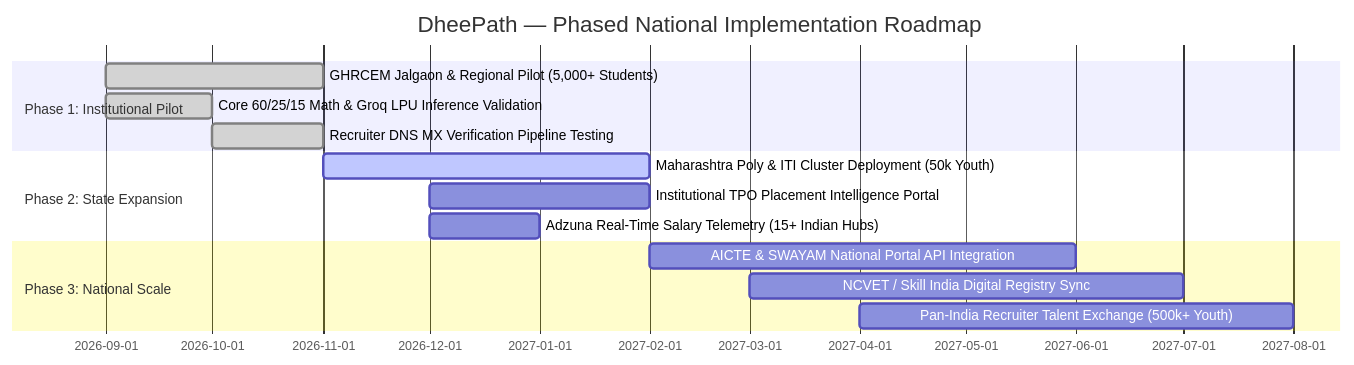
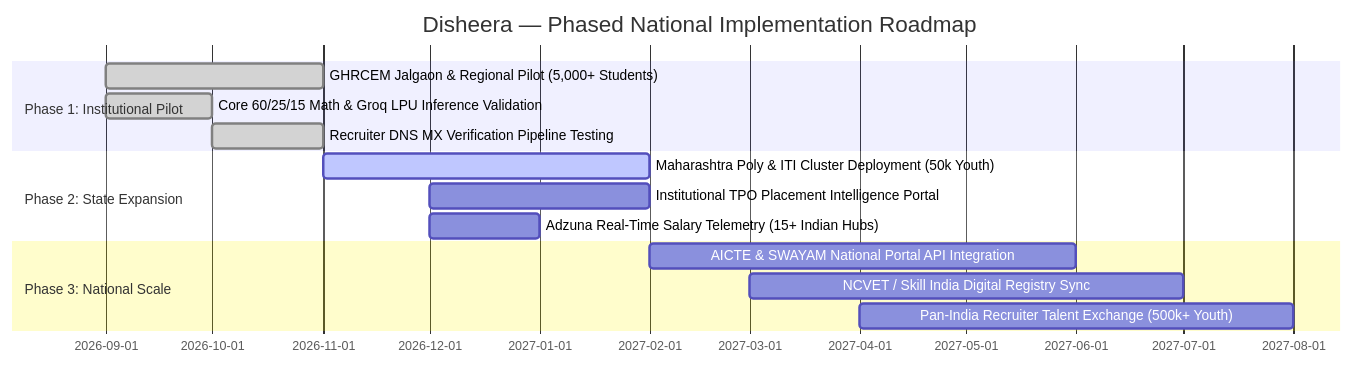
The fourth of 4 diagrams in SEVA_INNOVATION_CHALLENGE_SUBMISSION.md (parthpatil1234p-svg/disheera), drawn with Mermaid before and after one commit. The commit also changed other lines of this file and 30 other files, not shown here.

````diff
--- a/SEVA_INNOVATION_CHALLENGE_SUBMISSION.md
+++ b/SEVA_INNOVATION_CHALLENGE_SUBMISSION.md
@@ -170,17 +170,17 @@
 ```mermaid
 gantt
-    title DheePath — Phased National Implementation Roadmap
+    title Disheera — Phased National Implementation Roadmap
     dateFormat  YYYY-MM
     section Phase 1: Institutional Pilot
     GHRCEM Jalgaon & Regional Pilot (5,000+ Students)    :done, 2026-09, 2026-11
     Core 60/25/15 Math & Groq LPU Inference Validation :done, 2026-09, 2026-10
     Recruiter DNS MX Verification Pipeline Testing    :done, 2026-10, 2026-11
     section Phase 2: State Expansion
     Maharashtra Poly & ITI Cluster Deployment (50k Youth) :active, 2026-11, 2027-02
     Institutional TPO Placement Intelligence Portal       :2026-12, 2027-02
     Adzuna Real-Time Salary Telemetry (15+ Indian Hubs)    :2026-12, 2027-01
     section Phase 3: National Scale
     AICTE & SWAYAM National Portal API Integration        :2027-02, 2027-06
     NCVET / Skill India Digital Registry Sync             :2027-03, 2027-07
     Pan-India Recruiter Talent Exchange (500k+ Youth)     :2027-04, 2027-08
 ```
````
